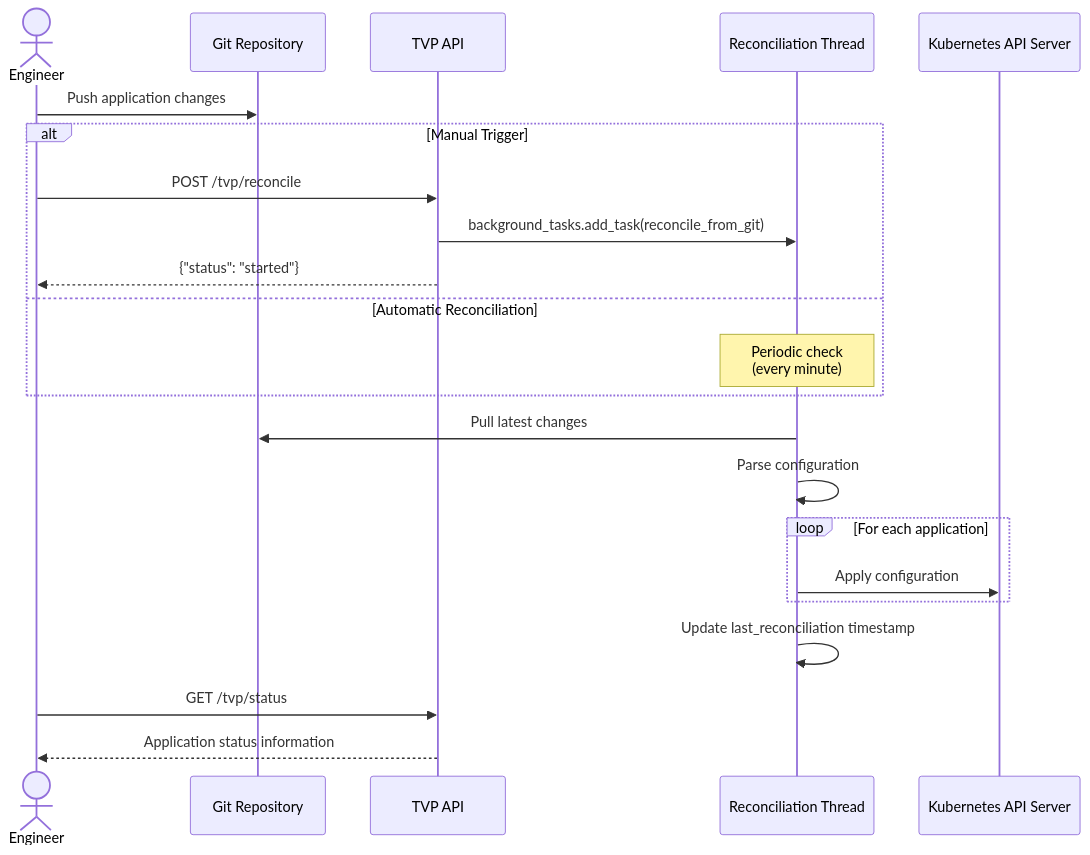
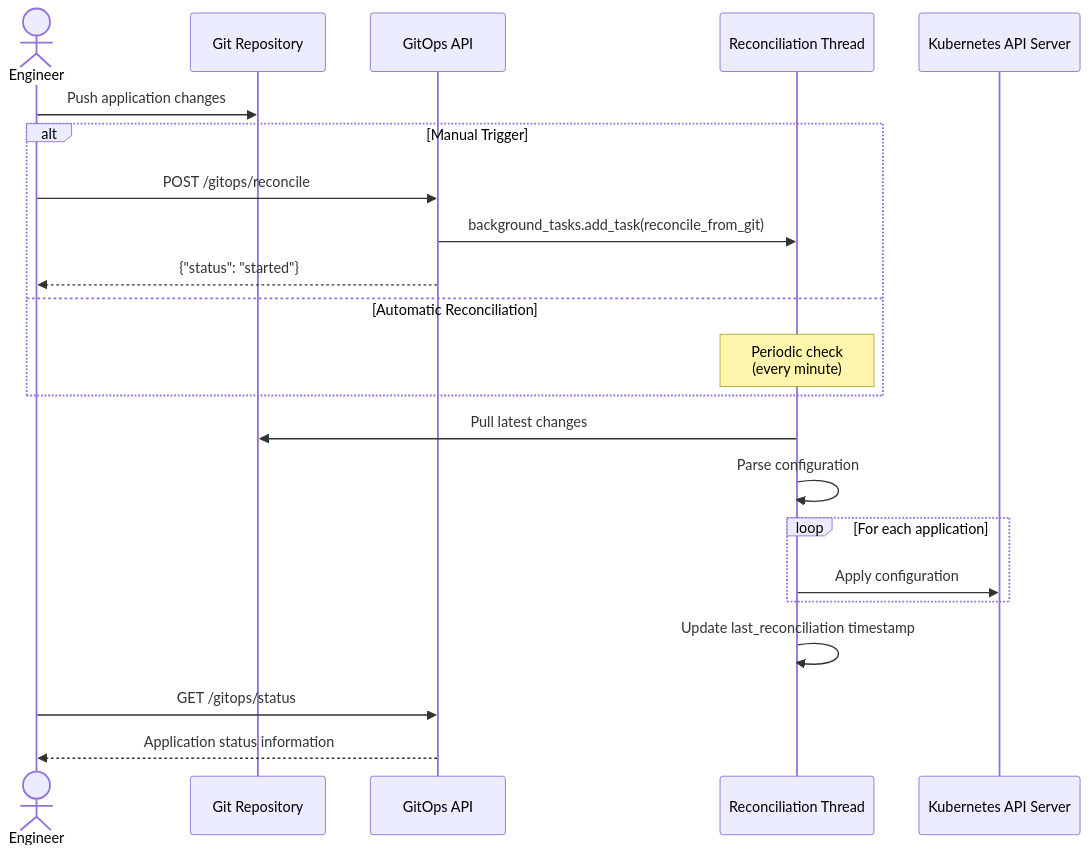
The second of 11 diagrams in README.md (lloydchang/tvp-k8s), drawn with Mermaid before and after one commit. The commit also changed other lines of this file and 15 other files, not shown here.

````diff
--- a/README.md
+++ b/README.md
@@ -362,30 +362,30 @@
 ```mermaid
 sequenceDiagram
     actor Eng as Engineer
     participant Git as Git Repository
-    participant TVP as TVP API
+    participant GitOps as GitOps API
     participant Thread as Reconciliation Thread
     participant Kubernetes as Kubernetes API Server
     
     Eng->>Git: Push application changes
     
     alt Manual Trigger
-        Eng->>TVP: POST /tvp/reconcile
-        TVP->>Thread: background_tasks.add_task(reconcile_from_git)
-        TVP-->>Eng: {"status": "started"}
+        Eng->>GitOps: POST /gitops/reconcile
+        GitOps->>Thread: background_tasks.add_task(reconcile_from_git)
+        GitOps-->>Eng: {"status": "started"}
     else Automatic Reconciliation
         Note over Thread: Periodic check<br>(every minute)
     end
     
     Thread->>Git: Pull latest changes
     Thread->>Thread: Parse configuration
     
     loop For each application
         Thread->>Kubernetes: Apply configuration
     end
     
     Thread->>Thread: Update last_reconciliation timestamp
     
-    Eng->>TVP: GET /tvp/status
-    TVP-->>Eng: Application status information
+    Eng->>GitOps: GET /gitops/status
+    GitOps-->>Eng: Application status information
 ```
````
